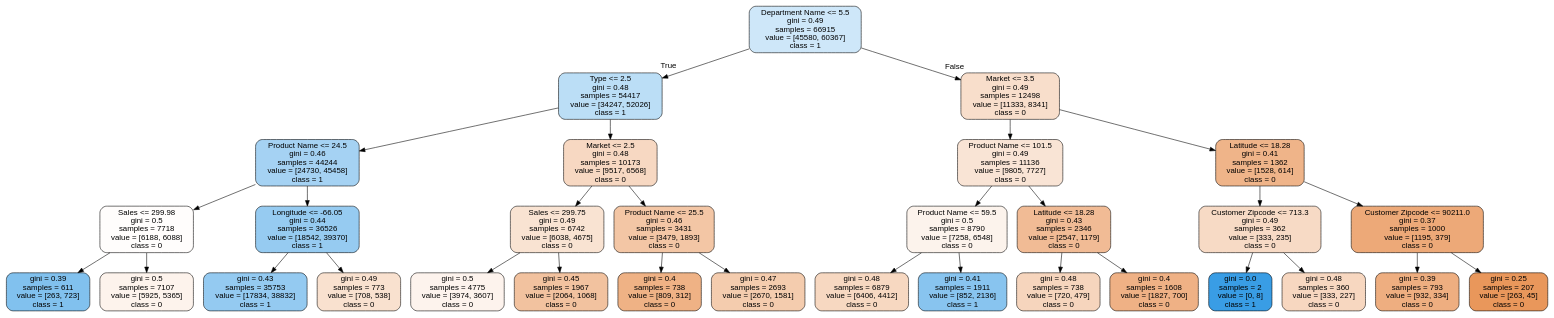
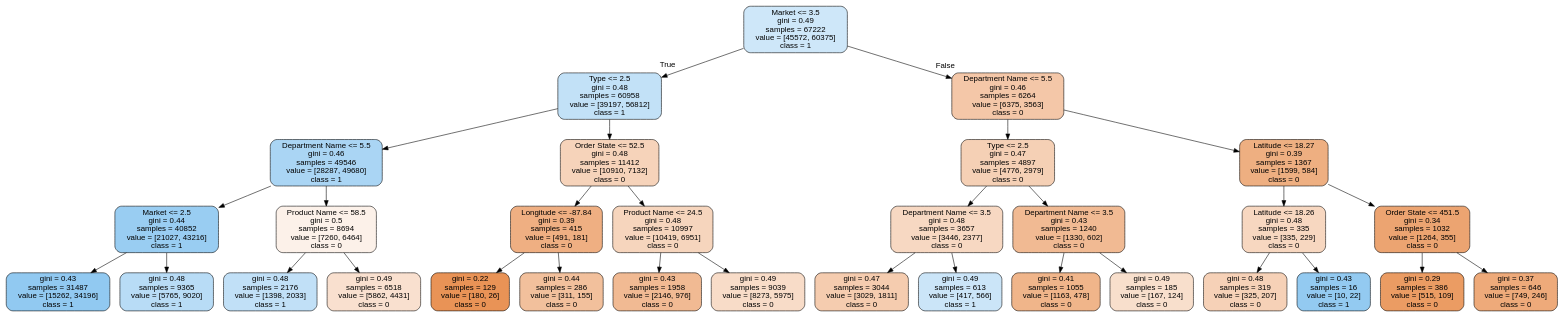
The diagram in tree.dot (BDBlank/SmartSupplyChain), drawn with Graphviz before and after one commit. The commit also changed 2 other files, not shown here.

```diff
--- a/tree.dot
+++ b/tree.dot
@@ -1,65 +1,65 @@
 digraph Tree {
 node [shape=box, style="filled, rounded", color="black", fontname=helvetica] ;
 edge [fontname=helvetica] ;
-0 [label="Department Name <= 5.5\ngini = 0.49\nsamples = 66915\nvalue = [45580, 60367]\nclass = 1", fillcolor="#cee7f9"] ;
-1 [label="Type <= 2.5\ngini = 0.48\nsamples = 54417\nvalue = [34247, 52026]\nclass = 1", fillcolor="#bbdef6"] ;
+0 [label="Market <= 3.5\ngini = 0.49\nsamples = 67222\nvalue = [45572, 60375]\nclass = 1", fillcolor="#cee7f9"] ;
+1 [label="Type <= 2.5\ngini = 0.48\nsamples = 60958\nvalue = [39197, 56812]\nclass = 1", fillcolor="#c2e1f7"] ;
 0 -> 1 [labeldistance=2.5, labelangle=45, headlabel="True"] ;
-2 [label="Product Name <= 24.5\ngini = 0.46\nsamples = 44244\nvalue = [24730, 45458]\nclass = 1", fillcolor="#a5d2f3"] ;
+2 [label="Department Name <= 5.5\ngini = 0.46\nsamples = 49546\nvalue = [28287, 49680]\nclass = 1", fillcolor="#aad5f4"] ;
 1 -> 2 ;
-3 [label="Sales <= 299.98\ngini = 0.5\nsamples = 7718\nvalue = [6188, 6088]\nclass = 0", fillcolor="#fffdfc"] ;
+3 [label="Market <= 2.5\ngini = 0.44\nsamples = 40852\nvalue = [21027, 43216]\nclass = 1", fillcolor="#99cdf2"] ;
 2 -> 3 ;
-4 [label="gini = 0.39\nsamples = 611\nvalue = [263, 723]\nclass = 1", fillcolor="#81c1ee"] ;
+4 [label="gini = 0.43\nsamples = 31487\nvalue = [15262, 34196]\nclass = 1", fillcolor="#91c9f1"] ;
 3 -> 4 ;
-5 [label="gini = 0.5\nsamples = 7107\nvalue = [5925, 5365]\nclass = 0", fillcolor="#fdf3ec"] ;
+5 [label="gini = 0.48\nsamples = 9365\nvalue = [5765, 9020]\nclass = 1", fillcolor="#b8dcf6"] ;
 3 -> 5 ;
-6 [label="Longitude <= -66.05\ngini = 0.44\nsamples = 36526\nvalue = [18542, 39370]\nclass = 1", fillcolor="#96cbf1"] ;
+6 [label="Product Name <= 58.5\ngini = 0.5\nsamples = 8694\nvalue = [7260, 6464]\nclass = 0", fillcolor="#fcf1e9"] ;
 2 -> 6 ;
-7 [label="gini = 0.43\nsamples = 35753\nvalue = [17834, 38832]\nclass = 1", fillcolor="#94caf1"] ;
+7 [label="gini = 0.48\nsamples = 2176\nvalue = [1398, 2033]\nclass = 1", fillcolor="#c1e0f7"] ;
 6 -> 7 ;
-8 [label="gini = 0.49\nsamples = 773\nvalue = [708, 538]\nclass = 0", fillcolor="#f9e1cf"] ;
+8 [label="gini = 0.49\nsamples = 6518\nvalue = [5862, 4431]\nclass = 0", fillcolor="#f9e0cf"] ;
 6 -> 8 ;
-9 [label="Market <= 2.5\ngini = 0.48\nsamples = 10173\nvalue = [9517, 6568]\nclass = 0", fillcolor="#f7d8c2"] ;
+9 [label="Order State <= 52.5\ngini = 0.48\nsamples = 11412\nvalue = [10910, 7132]\nclass = 0", fillcolor="#f6d3ba"] ;
 1 -> 9 ;
-10 [label="Sales <= 299.75\ngini = 0.49\nsamples = 6742\nvalue = [6038, 4675]\nclass = 0", fillcolor="#f9e3d2"] ;
+10 [label="Longitude <= -87.84\ngini = 0.39\nsamples = 415\nvalue = [491, 181]\nclass = 0", fillcolor="#efaf82"] ;
 9 -> 10 ;
-11 [label="gini = 0.5\nsamples = 4775\nvalue = [3974, 3607]\nclass = 0", fillcolor="#fdf3ed"] ;
+11 [label="gini = 0.22\nsamples = 129\nvalue = [180, 26]\nclass = 0", fillcolor="#e99356"] ;
 10 -> 11 ;
-12 [label="gini = 0.45\nsamples = 1967\nvalue = [2064, 1068]\nclass = 0", fillcolor="#f2c29f"] ;
+12 [label="gini = 0.44\nsamples = 286\nvalue = [311, 155]\nclass = 0", fillcolor="#f2c09c"] ;
 10 -> 12 ;
-13 [label="Product Name <= 25.5\ngini = 0.46\nsamples = 3431\nvalue = [3479, 1893]\nclass = 0", fillcolor="#f3c6a5"] ;
+13 [label="Product Name <= 24.5\ngini = 0.48\nsamples = 10997\nvalue = [10419, 6951]\nclass = 0", fillcolor="#f6d5bd"] ;
 9 -> 13 ;
-14 [label="gini = 0.4\nsamples = 738\nvalue = [809, 312]\nclass = 0", fillcolor="#efb285"] ;
+14 [label="gini = 0.43\nsamples = 1958\nvalue = [2146, 976]\nclass = 0", fillcolor="#f1ba93"] ;
 13 -> 14 ;
-15 [label="gini = 0.47\nsamples = 2693\nvalue = [2670, 1581]\nclass = 0", fillcolor="#f4ccae"] ;
+15 [label="gini = 0.49\nsamples = 9039\nvalue = [8273, 5975]\nclass = 0", fillcolor="#f8dcc8"] ;
 13 -> 15 ;
-16 [label="Market <= 3.5\ngini = 0.49\nsamples = 12498\nvalue = [11333, 8341]\nclass = 0", fillcolor="#f8decb"] ;
+16 [label="Department Name <= 5.5\ngini = 0.46\nsamples = 6264\nvalue = [6375, 3563]\nclass = 0", fillcolor="#f4c7a8"] ;
 0 -> 16 [labeldistance=2.5, labelangle=-45, headlabel="False"] ;
-17 [label="Product Name <= 101.5\ngini = 0.49\nsamples = 11136\nvalue = [9805, 7727]\nclass = 0", fillcolor="#f9e4d5"] ;
+17 [label="Type <= 2.5\ngini = 0.47\nsamples = 4897\nvalue = [4776, 2979]\nclass = 0", fillcolor="#f5d0b5"] ;
 16 -> 17 ;
-18 [label="Product Name <= 59.5\ngini = 0.5\nsamples = 8790\nvalue = [7258, 6548]\nclass = 0", fillcolor="#fcf3ec"] ;
+18 [label="Department Name <= 3.5\ngini = 0.48\nsamples = 3657\nvalue = [3446, 2377]\nclass = 0", fillcolor="#f7d8c2"] ;
 17 -> 18 ;
-19 [label="gini = 0.48\nsamples = 6879\nvalue = [6406, 4412]\nclass = 0", fillcolor="#f7d8c1"] ;
+19 [label="gini = 0.47\nsamples = 3044\nvalue = [3029, 1811]\nclass = 0", fillcolor="#f5ccaf"] ;
 18 -> 19 ;
-20 [label="gini = 0.41\nsamples = 1911\nvalue = [852, 2136]\nclass = 1", fillcolor="#88c4ef"] ;
+20 [label="gini = 0.49\nsamples = 613\nvalue = [417, 566]\nclass = 1", fillcolor="#cbe5f8"] ;
 18 -> 20 ;
-21 [label="Latitude <= 18.28\ngini = 0.43\nsamples = 2346\nvalue = [2547, 1179]\nclass = 0", fillcolor="#f1bb95"] ;
+21 [label="Department Name <= 3.5\ngini = 0.43\nsamples = 1240\nvalue = [1330, 602]\nclass = 0", fillcolor="#f1ba93"] ;
 17 -> 21 ;
-22 [label="gini = 0.48\nsamples = 738\nvalue = [720, 479]\nclass = 0", fillcolor="#f6d5bd"] ;
+22 [label="gini = 0.41\nsamples = 1055\nvalue = [1163, 478]\nclass = 0", fillcolor="#f0b58a"] ;
 21 -> 22 ;
-23 [label="gini = 0.4\nsamples = 1608\nvalue = [1827, 700]\nclass = 0", fillcolor="#efb185"] ;
+23 [label="gini = 0.49\nsamples = 185\nvalue = [167, 124]\nclass = 0", fillcolor="#f8dfcc"] ;
 21 -> 23 ;
-24 [label="Latitude <= 18.28\ngini = 0.41\nsamples = 1362\nvalue = [1528, 614]\nclass = 0", fillcolor="#efb489"] ;
+24 [label="Latitude <= 18.27\ngini = 0.39\nsamples = 1367\nvalue = [1599, 584]\nclass = 0", fillcolor="#eeaf81"] ;
 16 -> 24 ;
-25 [label="Customer Zipcode <= 713.3\ngini = 0.49\nsamples = 362\nvalue = [333, 235]\nclass = 0", fillcolor="#f7dac5"] ;
+25 [label="Latitude <= 18.26\ngini = 0.48\nsamples = 335\nvalue = [335, 229]\nclass = 0", fillcolor="#f7d7c0"] ;
 24 -> 25 ;
-26 [label="gini = 0.0\nsamples = 2\nvalue = [0, 8]\nclass = 1", fillcolor="#399de5"] ;
+26 [label="gini = 0.48\nsamples = 319\nvalue = [325, 207]\nclass = 0", fillcolor="#f6d1b7"] ;
 25 -> 26 ;
-27 [label="gini = 0.48\nsamples = 360\nvalue = [333, 227]\nclass = 0", fillcolor="#f7d7c0"] ;
+27 [label="gini = 0.43\nsamples = 16\nvalue = [10, 22]\nclass = 1", fillcolor="#93caf1"] ;
 25 -> 27 ;
-28 [label="Customer Zipcode <= 90211.0\ngini = 0.37\nsamples = 1000\nvalue = [1195, 379]\nclass = 0", fillcolor="#eda978"] ;
+28 [label="Order State <= 451.5\ngini = 0.34\nsamples = 1032\nvalue = [1264, 355]\nclass = 0", fillcolor="#eca471"] ;
 24 -> 28 ;
-29 [label="gini = 0.39\nsamples = 793\nvalue = [932, 334]\nclass = 0", fillcolor="#eeae80"] ;
+29 [label="gini = 0.29\nsamples = 386\nvalue = [515, 109]\nclass = 0", fillcolor="#eb9c63"] ;
 28 -> 29 ;
-30 [label="gini = 0.25\nsamples = 207\nvalue = [263, 45]\nclass = 0", fillcolor="#e9975b"] ;
+30 [label="gini = 0.37\nsamples = 646\nvalue = [749, 246]\nclass = 0", fillcolor="#eeaa7a"] ;
 28 -> 30 ;
 }
```
